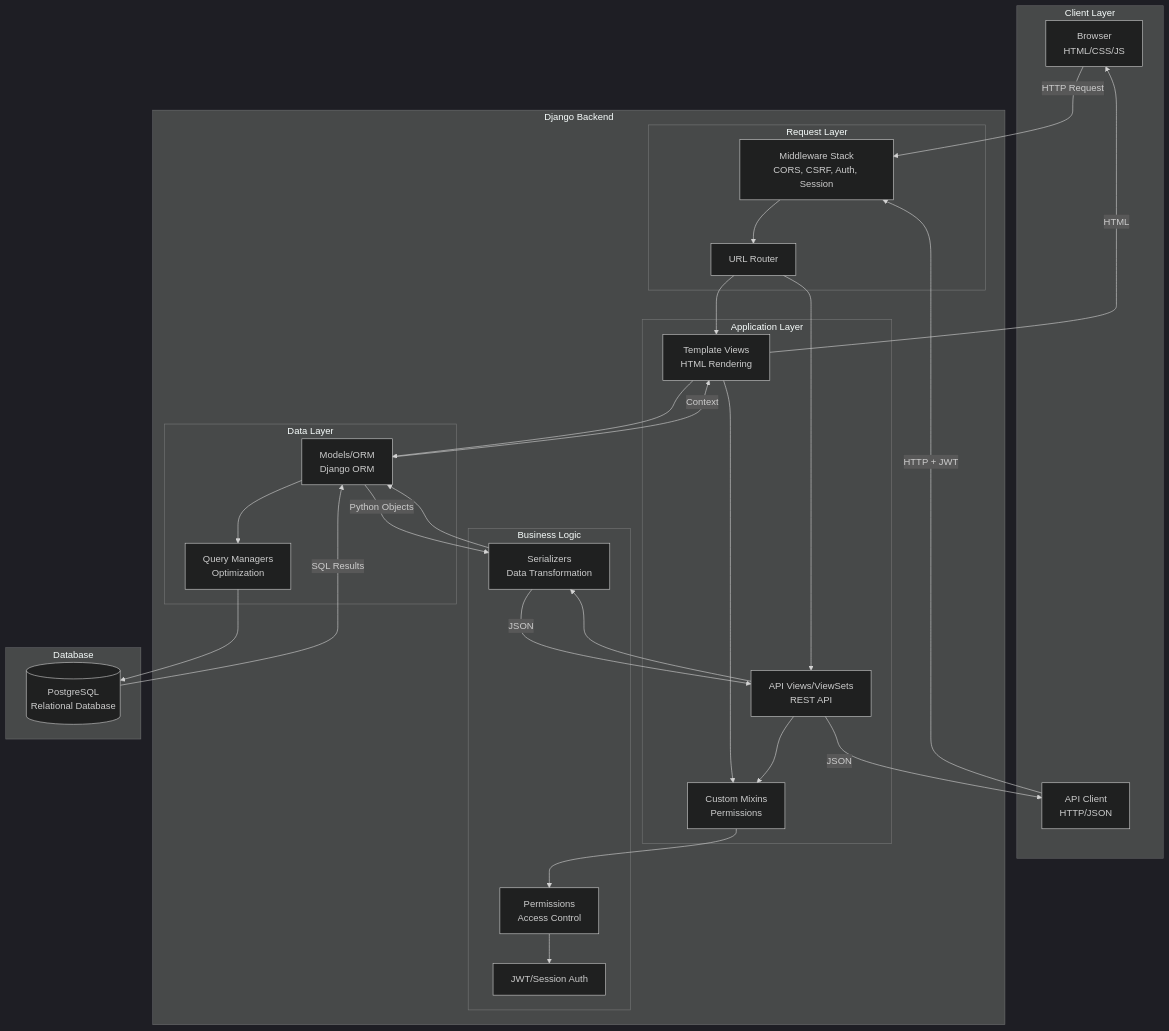
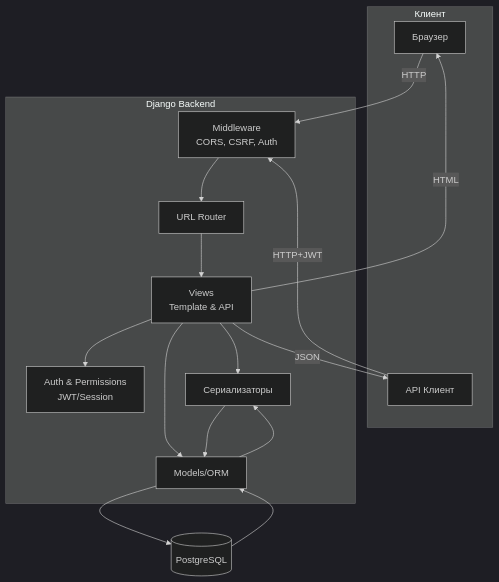
Before and after one commit to vinotq/clinicSiriusDjango: the first of 5 diagrams in README.md, drawn with Mermaid (dark theme). The commit also changed 1 other file, not shown here.

````diff
--- a/README.md
+++ b/README.md
@@ -202,63 +202,32 @@
 ```mermaid
 graph TB
-    subgraph "Client Layer"
-        Browser[Browser<br/>HTML/CSS/JS]
-        API_Client[API Client<br/>HTTP/JSON]
+    subgraph "Клиент"
+        Browser[Браузер]
+        API_Client[API Клиент]
     end
     
     subgraph "Django Backend"
-        subgraph "Request Layer"
-            Router[URL Router]
-            Middleware[Middleware Stack<br/>CORS, CSRF, Auth, Session]
-        end
-        
-        subgraph "Application Layer"
-            TemplateViews[Template Views<br/>HTML Rendering]
-            APIViews[API Views/ViewSets<br/>REST API]
-            Mixins[Custom Mixins<br/>Permissions]
-        end
-        
-        subgraph "Business Logic"
-            Serializers[Serializers<br/>Data Transformation]
-            Permissions[Permissions<br/>Access Control]
-            Auth[JWT/Session Auth]
-        end
-        
-        subgraph "Data Layer"
-            Models[Models/ORM<br/>Django ORM]
-            Managers[Query Managers<br/>Optimization]
-        end
+        Middleware[Middleware<br/>CORS, CSRF, Auth]
+        Router[URL Router]
+        Views[Views<br/>Template & API]
+        AuthPerms[Auth & Permissions<br/>JWT/Session]
+        Serializers[Сериализаторы]
+        Models[Models/ORM]
     end
     
-    subgraph "Database"
-        PostgreSQL[(PostgreSQL<br/>Relational Database)]
-    end
+    DB[(PostgreSQL)]
     
-    Browser -->|HTTP Request| Middleware
-    API_Client -->|HTTP + JWT| Middleware
-    
+    Browser -->|HTTP| Middleware
+    API_Client -->|HTTP+JWT| Middleware
     Middleware --> Router
-    Router --> TemplateViews
-    Router --> APIViews
-    
-    TemplateViews --> Mixins
-    APIViews --> Mixins
-    
-    Mixins --> Permissions
-    Permissions --> Auth
-    
-    TemplateViews --> Models
-    APIViews --> Serializers
+    Router --> Views
+    Views --> AuthPerms
+    Views --> Serializers
+    Views --> Models
     Serializers --> Models
-    
-    Models --> Managers
-    Managers --> PostgreSQL
-    
-    PostgreSQL -->|SQL Results| Models
-    Models -->|Python Objects| Serializers
-    Models -->|Context| TemplateViews
-    
-    Serializers -->|JSON| APIViews
-    TemplateViews -->|HTML| Browser
-    APIViews -->|JSON| API_Client
+    Models --> DB
+    DB --> Models
+    Models --> Serializers
+    Views -->|HTML| Browser
+    Views -->|JSON| API_Client
 ```
````
